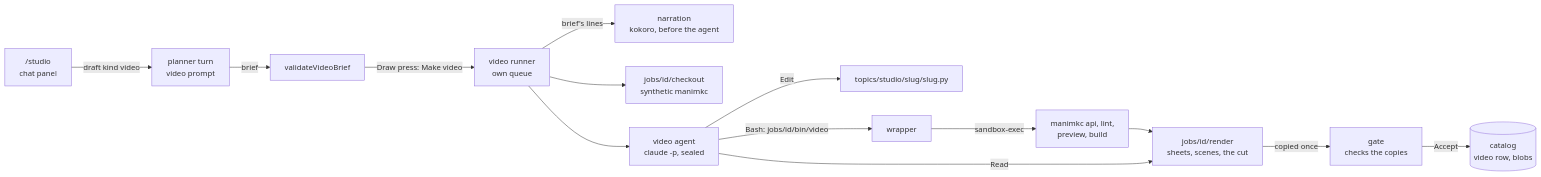
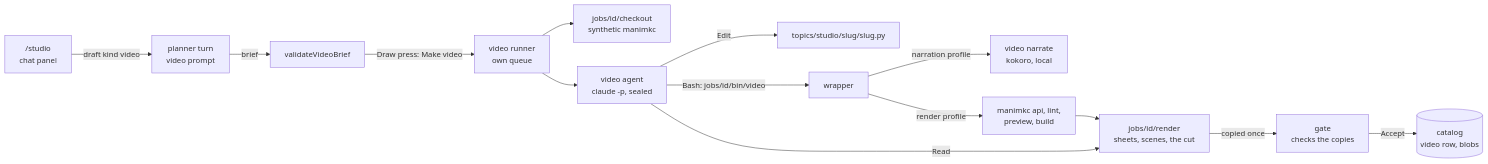
The diagram in docs/STUDIO-VIDEOS.md (c-wenlong/gnosia-learn), drawn with Mermaid before and after one commit. The commit also changed other lines of this file and 1 other file, not shown here.

First line of the commit message:
STUDIO-VIDEOS: the agent voices its own lines; four owner decisions

````diff
--- a/docs/STUDIO-VIDEOS.md
+++ b/docs/STUDIO-VIDEOS.md
@@ -99,16 +112,16 @@
 ```mermaid
 flowchart LR
     UI["/studio<br/>chat panel"] -- "draft kind video" --> PL["planner turn<br/>video prompt"]
     PL -- "brief" --> V["validateVideoBrief"]
     V -- "Draw press: Make video" --> Q["video runner<br/>own queue"]
-    Q -- "brief's lines" --> TTS["narration<br/>kokoro, before the agent"]
     Q --> FARM["jobs/id/checkout<br/>synthetic manimkc"]
     Q --> AG["video agent<br/>claude -p, sealed"]
     AG -- "Edit" --> SRC["topics/studio/slug/slug.py"]
     AG -- "Bash: jobs/id/bin/video" --> W["wrapper"]
-    W -- "sandbox-exec" --> SB["manimkc api, lint,<br/>preview, build"]
+    W -- "narration profile" --> TTS["video narrate<br/>kokoro, local"]
+    W -- "render profile" --> SB["manimkc api, lint,<br/>preview, build"]
     SB --> R["jobs/id/render<br/>sheets, scenes, the cut"]
     AG -- "Read" --> R
     R -- "copied once" --> G["gate<br/>checks the copies"]
     G -- "Accept" --> CAT[("catalog<br/>video row, blobs")]
 ```
````
